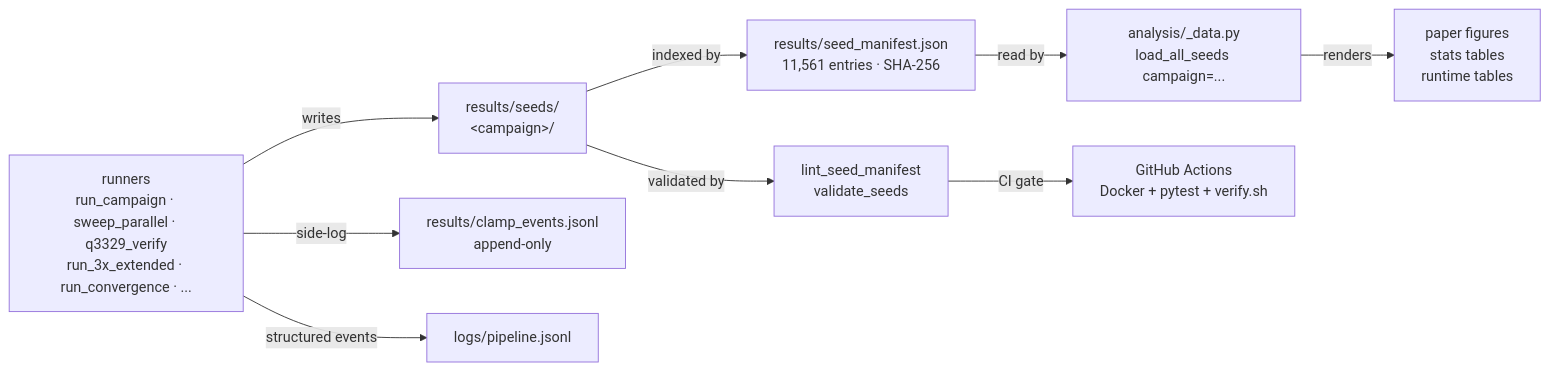
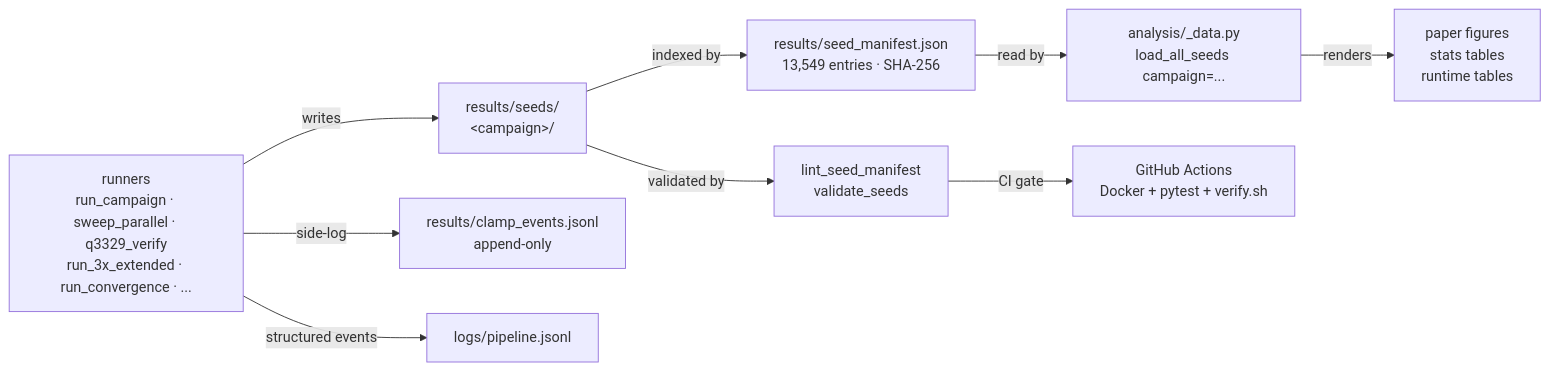
Before and after one commit to BrendanChambersBourgeois/sdbkz-benchmark: the diagram in README.md, drawn with Mermaid. The commit also changed other lines of this file and 4 other files, not shown here.

````diff
--- a/README.md
+++ b/README.md
@@ -68,11 +70,11 @@
 ```mermaid
 flowchart LR
   A[runners<br/>run_campaign · sweep_parallel · q3329_verify<br/>run_3x_extended · run_convergence · ...] -->|writes| B[results/seeds/<br/>&lt;campaign&gt;/]
-  B -->|indexed by| C[results/seed_manifest.json<br/>11,561 entries · SHA-256]
+  B -->|indexed by| C[results/seed_manifest.json<br/>13,549 entries · SHA-256]
   C -->|read by| D[analysis/_data.py<br/>load_all_seeds campaign=...]
   D -->|renders| E[paper figures<br/>stats tables<br/>runtime tables]
   B -->|validated by| F[lint_seed_manifest<br/>validate_seeds]
   F -->|CI gate| G[GitHub Actions<br/>Docker + pytest + verify.sh]
   A -->|side-log| H[results/clamp_events.jsonl<br/>append-only]
   A -->|structured events| I[logs/pipeline.jsonl]
 ```
````
